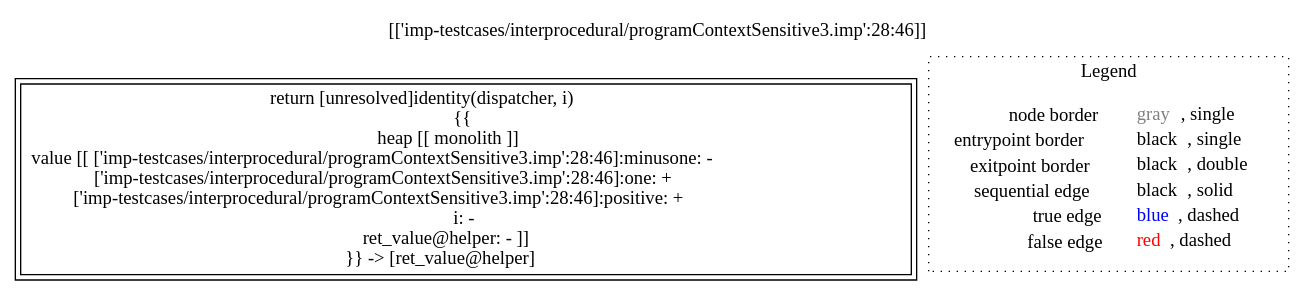
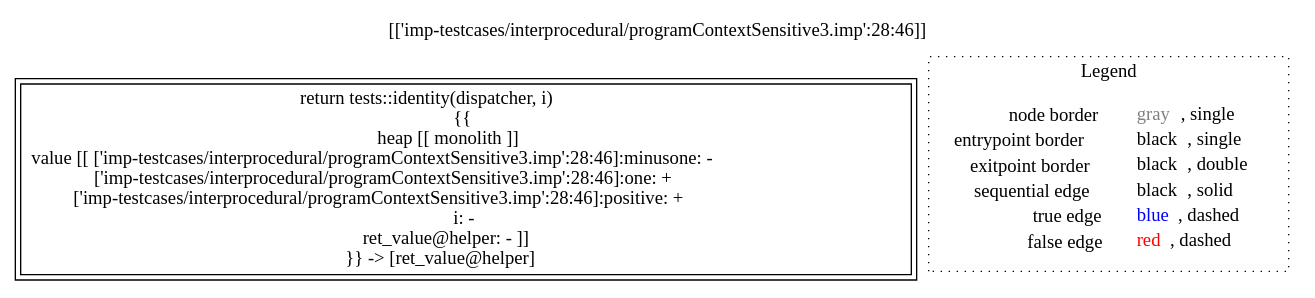
One commit to lisa-analyzer/lisa changed the diagram in lisa/lisa-core/imp-testcases/interprocedural/RTAContextSensitive4/analysis___-834160479_untyped_tests.helper(tests_this,_untyped_i,_untyped_dispatcher).dot. Above: the diagram before and after it, drawn with Graphviz. The commit also changed 42 other files, not shown here.

```diff
--- a/lisa/lisa-core/imp-testcases/interprocedural/RTAContextSensitive4/analysis___-834160479_untyped_tests.helper(tests_this,_untyped_i,_untyped_dispatcher).dot
+++ b/lisa/lisa-core/imp-testcases/interprocedural/RTAContextSensitive4/analysis___-834160479_untyped_tests.helper(tests_this,_untyped_i,_untyped_dispatcher).dot
@@ -1,12 +1,12 @@
 digraph {
 	labelloc="t";
 	label="[['imp-testcases/interprocedural/programContextSensitive3.imp':28:46]]";
-	"node0" [shape="rect",color="black",peripheries="2",label=<return [unresolved]identity(dispatcher, i)<BR/>{{<BR/>heap [[ monolith ]]<BR/>value [[ ['imp-testcases/interprocedural/programContextSensitive3.imp':28:46]:minusone: -<BR/>['imp-testcases/interprocedural/programContextSensitive3.imp':28:46]:one: +<BR/>['imp-testcases/interprocedural/programContextSensitive3.imp':28:46]:positive: +<BR/>i: -<BR/>ret_value@helper: - ]]<BR/>}} -&gt; [ret_value@helper]>];
+	"node0" [shape="rect",color="black",peripheries="2",label=<return tests::identity(dispatcher, i)<BR/>{{<BR/>heap [[ monolith ]]<BR/>value [[ ['imp-testcases/interprocedural/programContextSensitive3.imp':28:46]:minusone: -<BR/>['imp-testcases/interprocedural/programContextSensitive3.imp':28:46]:one: +<BR/>['imp-testcases/interprocedural/programContextSensitive3.imp':28:46]:positive: +<BR/>i: -<BR/>ret_value@helper: - ]]<BR/>}} -&gt; [ret_value@helper]>];
 subgraph cluster_legend {
 	label="Legend";
 	style=dotted;
 	node [shape=plaintext];
 	"legend" [label=<<table border="0" cellpadding="2" cellspacing="0" cellborder="0"><tr><td align="right">node border&nbsp;</td><td align="left"><font color="gray">gray</font>, single</td></tr><tr><td align="right">entrypoint border&nbsp;</td><td align="left"><font color="black">black</font>, single</td></tr><tr><td align="right">exitpoint border&nbsp;</td><td align="left"><font color="black">black</font>, double</td></tr><tr><td align="right">sequential edge&nbsp;</td><td align="left"><font color="black">black</font>, solid</td></tr><tr><td align="right">true edge&nbsp;</td><td align="left"><font color="blue">blue</font>, dashed</td></tr><tr><td align="right">false edge&nbsp;</td><td align="left"><font color="red">red</font>, dashed</td></tr></table>>];
 }
 
 }
```
